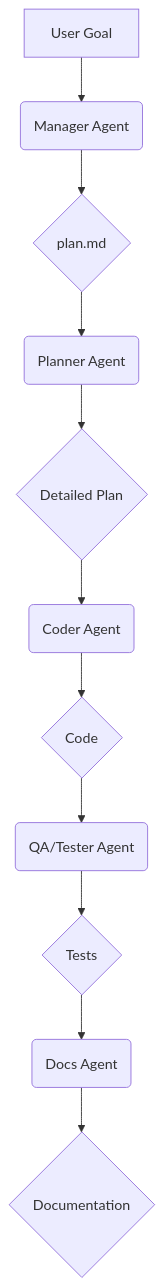
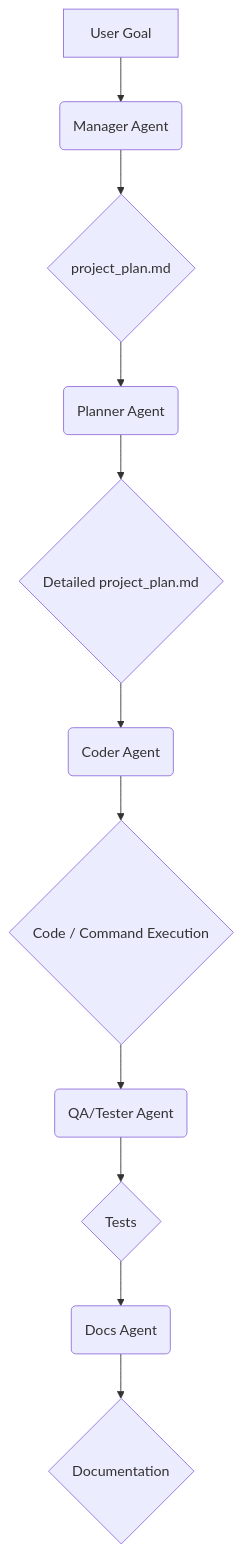
The diagram in docs/architecture.md (Anthony-Fi/homellmcoder), drawn with Mermaid before and after one commit. The commit also changed other lines of this file and 14 other files, not shown here.

````diff
--- a/docs/architecture.md
+++ b/docs/architecture.md
@@ -13,13 +13,13 @@
 ```mermaid
 graph TD
     A[User Goal] --> B(Manager Agent);
-    B --> C{plan.md};
+    B --> C{project_plan.md};
     C --> D(Planner Agent);
-    D --> E{Detailed Plan};
+    D --> E{Detailed project_plan.md};
     E --> F(Coder Agent);
-    F --> G{Code};
+    F --> G{Code / Command Execution};
     G --> H(QA/Tester Agent);
     H --> I{Tests};
     I --> J(Docs Agent);
     J --> K{Documentation};
 ```
````
